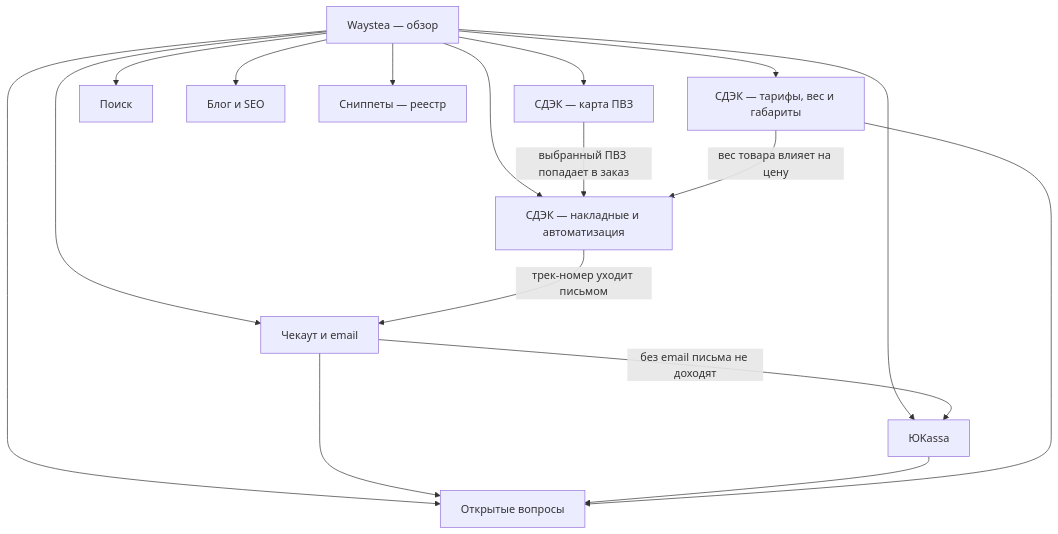
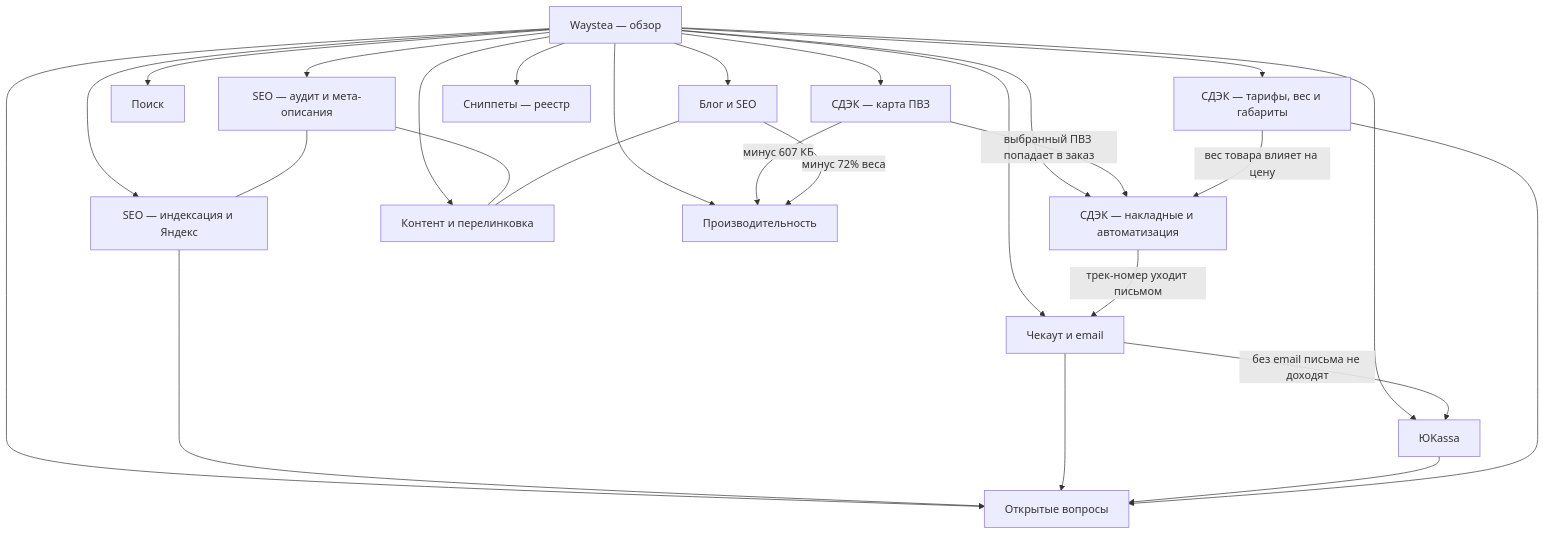
One commit to bazgen89-netizen/Yea-bot- changed the diagram in knowledge/README.md. Above: the diagram before and after it, drawn with Mermaid. The commit also changed 6 other files, not shown here.

````diff
--- a/knowledge/README.md
+++ b/knowledge/README.md
@@ -13,20 +13,30 @@
 ```mermaid
 graph TD
     A[Waystea — обзор] --> B[СДЭК — карта ПВЗ]
     A --> C[СДЭК — накладные и автоматизация]
     A --> D[СДЭК — тарифы, вес и габариты]
     A --> E[Чекаут и email]
     A --> F[ЮKassa]
     A --> G[Поиск]
     A --> H[Блог и SEO]
+    A --> S1[SEO — аудит и мета-описания]
+    A --> S2[SEO — индексация и Яндекс]
+    A --> K[Контент и перелинковка]
+    A --> P[Производительность]
     A --> R[Сниппеты — реестр]
     A --> X[Открытые вопросы]
 
     B -->|выбранный ПВЗ попадает в заказ| C
     C -->|трек-номер уходит письмом| E
     E -->|без email письма не доходят| F
     D -->|вес товара влияет на цену| C
+    S1 --- S2
+    S1 --- K
+    H --- K
+    B -->|минус 607 КБ| P
+    H -->|минус 72% веса| P
+    S2 --> X
     E --> X
     F --> X
     D --> X
 ```
````
